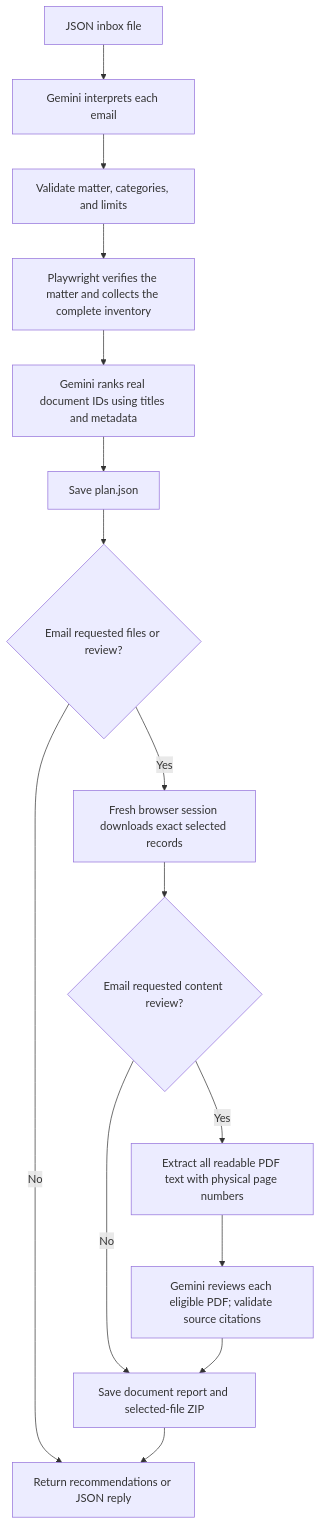
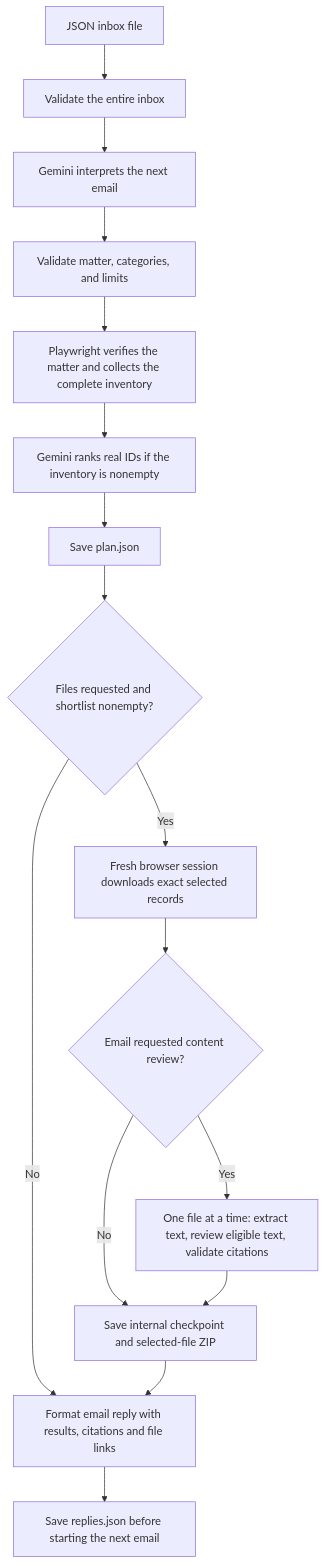
The diagram in README.md (Taha-M567/Senpilot_OA), drawn with Mermaid before and after one commit. The commit also changed other lines of this file and 8 other files, not shown here.

Commit message:
Consolidate document results into JSON email replies

````diff
--- a/README.md
+++ b/README.md
@@ -92,17 +95,18 @@
 ```mermaid
 flowchart TD
-    Input[JSON inbox file] --> Interpret[Gemini interprets each email]
+    Input[JSON inbox file] --> Inbox[Validate the entire inbox]
+    Inbox --> Interpret[Gemini interprets the next email]
     Interpret --> Validate[Validate matter, categories, and limits]
     Validate --> Inventory[Playwright verifies the matter and collects the complete inventory]
-    Inventory --> Rank[Gemini ranks real document IDs using titles and metadata]
+    Inventory --> Rank[Gemini ranks real IDs if the inventory is nonempty]
     Rank --> Plan[Save plan.json]
-    Plan --> Files{Email requested files or review?}
-    Files -->|No| Reply[Return recommendations or JSON reply]
+    Plan --> Files{Files requested and shortlist nonempty?}
+    Files -->|No| Reply[Format email reply with results, citations and file links]
     Files -->|Yes| Download[Fresh browser session downloads exact selected records]
     Download --> Review{Email requested content review?}
-    Review -->|No| Output[Save document report and selected-file ZIP]
-    Review -->|Yes| Extract[Extract all readable PDF text with physical page numbers]
-    Extract --> Findings[Gemini reviews each eligible PDF; validate source citations]
-    Findings --> Output
+    Review -->|No| Output[Save internal checkpoint and selected-file ZIP]
+    Review -->|Yes| Documents[One file at a time: extract text, review eligible text, validate citations]
+    Documents --> Output
     Output --> Reply
+    Reply --> Save[Save replies.json before starting the next email]
 ```
````
